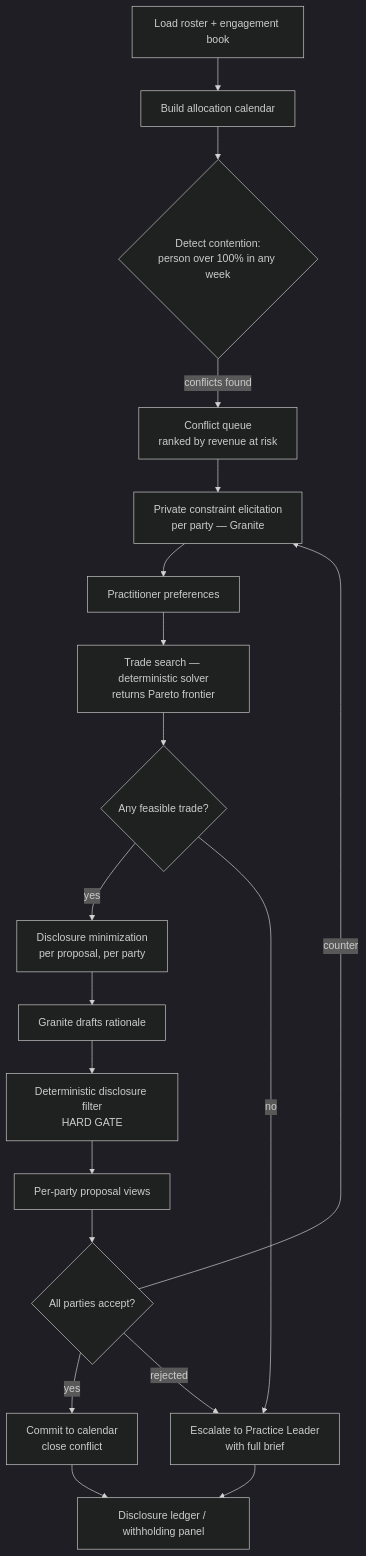
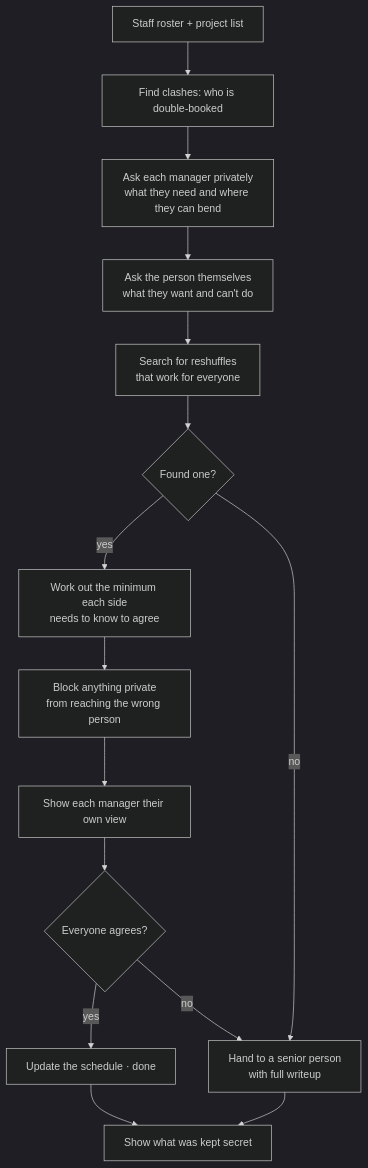
Before and after one commit to kidskoding/ledger: the first of 4 diagrams in docs/August Wildcard Project Notes.md, drawn with Mermaid (dark theme). The commit also changed other lines of this file and 4 other files, not shown here.

````diff
--- a/docs/August Wildcard Project Notes.md
+++ b/docs/August Wildcard Project Notes.md
@@ -465,21 +21,17 @@
 ```mermaid
 flowchart TD
-    A[Load roster + engagement book] --> B[Build allocation calendar]
-    B --> C{Detect contention:<br/>person over 100% in any week}
-    C -->|conflicts found| D[Conflict queue<br/>ranked by revenue at risk]
-    D --> E[Private constraint elicitation<br/>per party — Granite]
-    E --> F[Practitioner preferences]
-    F --> G[Trade search — deterministic solver<br/>returns Pareto frontier]
-    G --> H{Any feasible trade?}
-    H -->|yes| I[Disclosure minimization<br/>per proposal, per party]
-    I --> J[Granite drafts rationale]
-    J --> K[Deterministic disclosure filter<br/>HARD GATE]
-    K --> L[Per-party proposal views]
-    L --> M{All parties accept?}
-    M -->|yes| N[Commit to calendar<br/>close conflict]
-    M -->|counter| E
-    H -->|no| O[Escalate to Practice Leader<br/>with full brief]
-    M -->|rejected| O
-    N --> P[Disclosure ledger / withholding panel]
-    O --> P
+    A[Staff roster + project list] --> B[Find clashes: who is double-booked]
+    B --> C[Ask each manager privately<br/>what they need and where they can bend]
+    C --> D[Ask the person themselves<br/>what they want and can't do]
+    D --> E[Search for reshuffles<br/>that work for everyone]
+    E --> F{Found one?}
+    F -->|yes| G[Work out the minimum each side<br/>needs to know to agree]
+    G --> H[Block anything private<br/>from reaching the wrong person]
+    H --> I[Show each manager their own view]
+    I --> J{Everyone agrees?}
+    J -->|yes| K[Update the schedule · done]
+    J -->|no| L[Hand to a senior person<br/>with full writeup]
+    F -->|no| L
+    K --> M[Show what was kept secret]
+    L --> M
 ```
````
